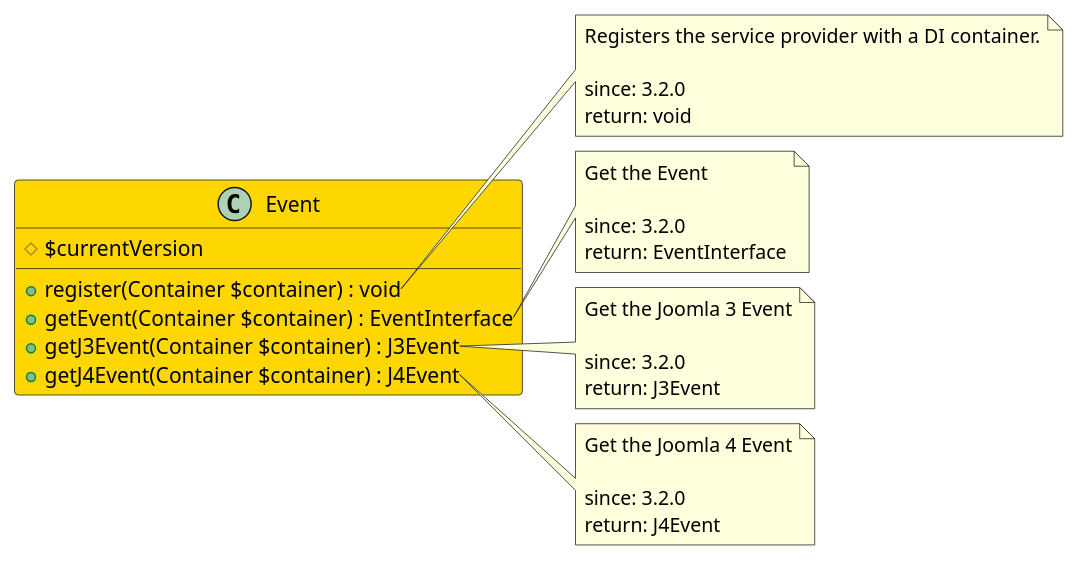
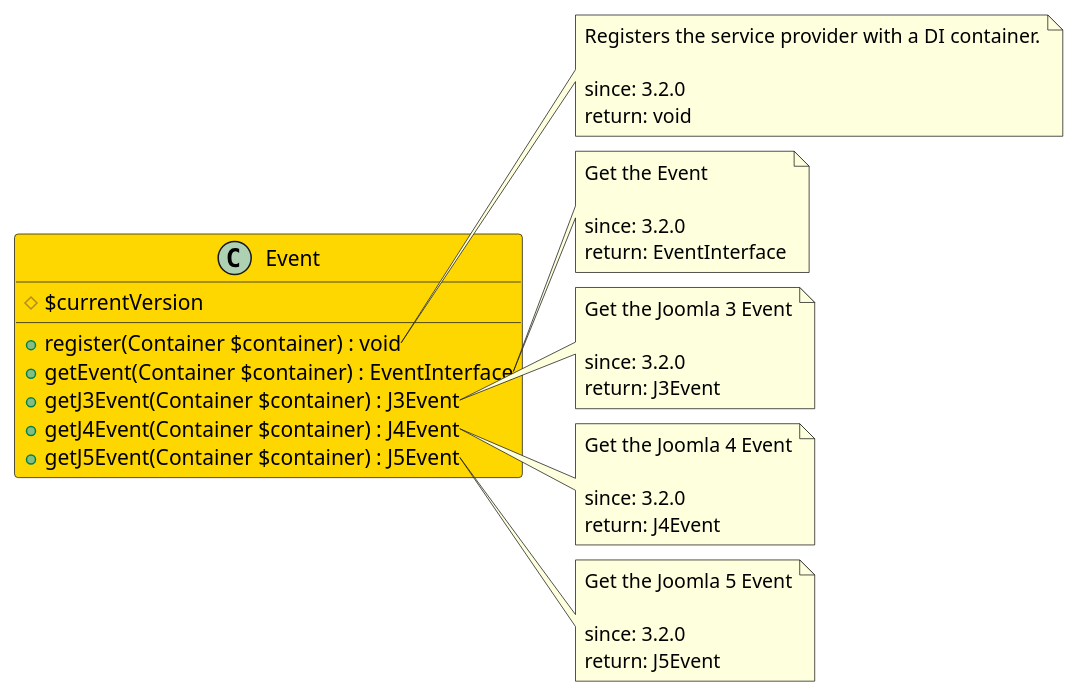
Before and after one commit to joomengine/jcb-compiler: the diagram in src/b94aaedb-6774-4739-a63f-8f87141a85db/README.md, drawn with PlantUML. The commit also changed 232 other files, not shown here.

````diff
--- a/src/b94aaedb-6774-4739-a63f-8f87141a85db/README.md
+++ b/src/b94aaedb-6774-4739-a63f-8f87141a85db/README.md
@@ -11,40 +11,48 @@
 ```uml
 @startuml
 class Event  #Gold {
   # $currentVersion
   + register(Container $container) : void
   + getEvent(Container $container) : EventInterface
   + getJ3Event(Container $container) : J3Event
   + getJ4Event(Container $container) : J4Event
+  + getJ5Event(Container $container) : J5Event
 }
 
 note right of Event::register
   Registers the service provider with a DI container.
 
   since: 3.2.0
   return: void
 end note
 
 note right of Event::getEvent
   Get the Event
 
   since: 3.2.0
   return: EventInterface
 end note
 
 note right of Event::getJ3Event
   Get the Joomla 3 Event
 
   since: 3.2.0
   return: J3Event
 end note
 
 note right of Event::getJ4Event
   Get the Joomla 4 Event
 
   since: 3.2.0
   return: J4Event
 end note
+
+note right of Event::getJ5Event
+  Get the Joomla 5 Event
+
+  since: 3.2.0
+  return: J5Event
+end note
  
 @enduml
 ```
````
